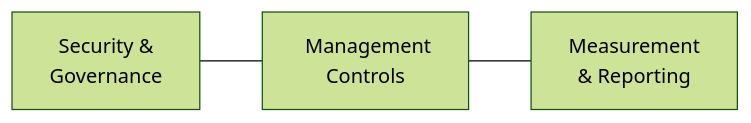
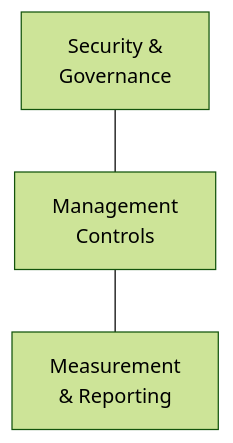
Before and after one commit to susanthgit/aguidetocloud-revamp: the diagram in content/blog/microsoft-365-copilot-control-system-complete-guide.md, drawn with Mermaid (forest theme). The commit also changed 23 other files, not shown here.

First line of the commit message:
Blog: Agent 365 Security & Governance + site-wide Mermaid redesign

````diff
--- a/content/blog/microsoft-365-copilot-control-system-complete-guide.md
+++ b/content/blog/microsoft-365-copilot-control-system-complete-guide.md
@@ -108,6 +108,6 @@
 ```mermaid
-flowchart LR
-    A["Security &<br/>Governance"] --- B["️ Management<br/>Controls"]
+flowchart TD
+    A["Security &<br/>Governance"] --- B["Management<br/>Controls"]
     B --- C["Measurement<br/>& Reporting"]
     
 ```
````
